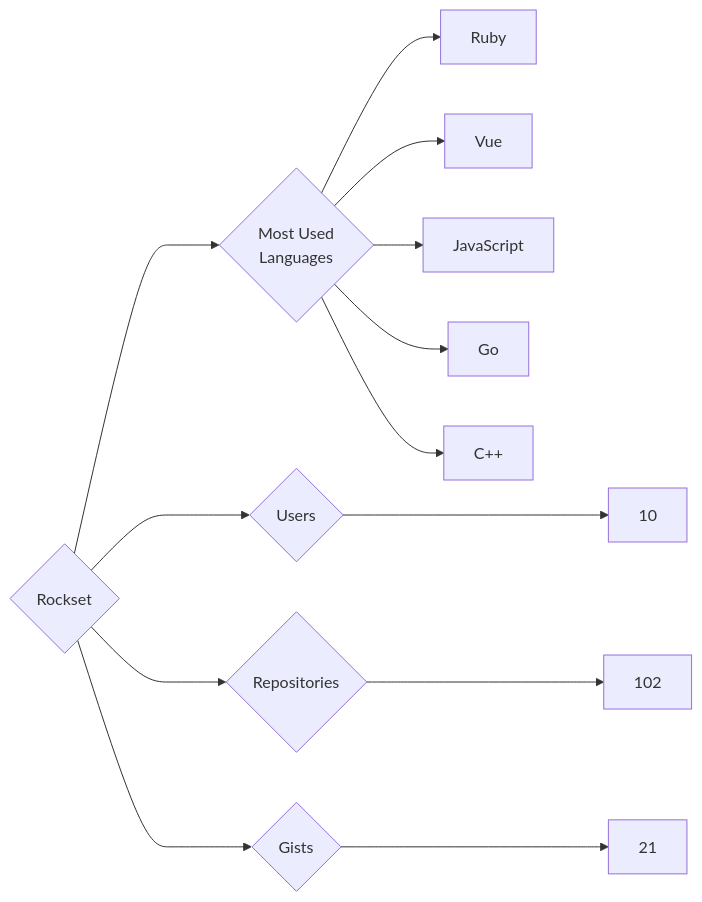
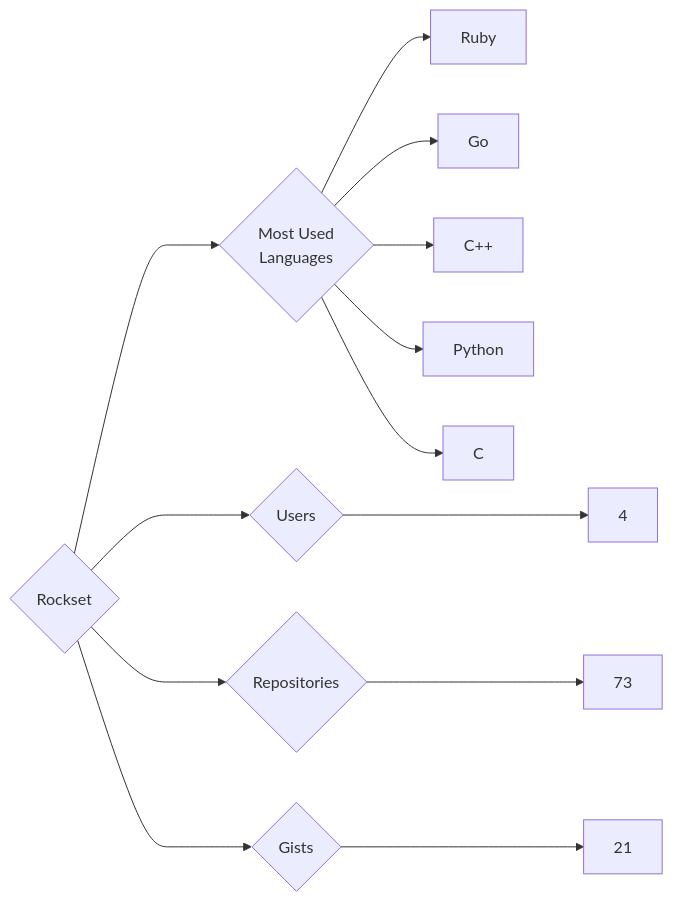
One commit to trickest/insiders changed the diagram in targets/Rockset/README.md. Above: the diagram before and after it, drawn with Mermaid. The commit also changed 681 other files, not shown here.

````diff
--- a/targets/Rockset/README.md
+++ b/targets/Rockset/README.md
@@ -3,13 +3,13 @@
 ```mermaid
 graph LR
 COMPANY_NAME{Rockset}
-COMPANY_NAME ---> U{Users} ---> UN[10]
-COMPANY_NAME ---> R{Repositories} ---> RN[102]
+COMPANY_NAME ---> U{Users} ---> UN[4]
+COMPANY_NAME ---> R{Repositories} ---> RN[73]
 COMPANY_NAME ---> G{Gists} ---> GN[21]
 COMPANY_NAME ---> ML{Most Used<br>Languages}
 ML --> Ruby[Ruby]
-ML --> Vue[Vue]
-ML --> JavaScript[JavaScript]
 ML --> Go[Go]
 ML --> C++[C++]
+ML --> Python[Python]
+ML --> C[C]
 ```
````
